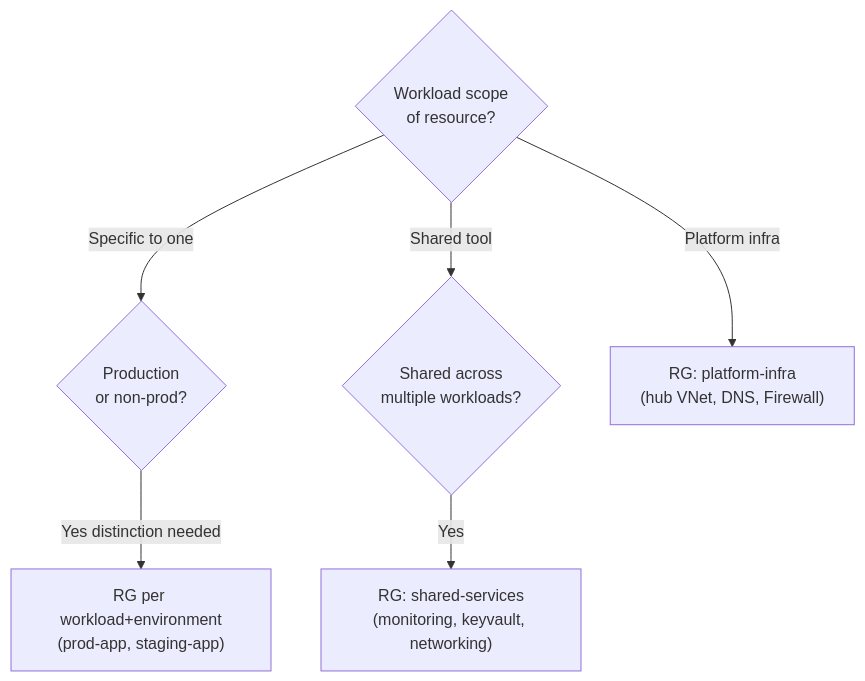
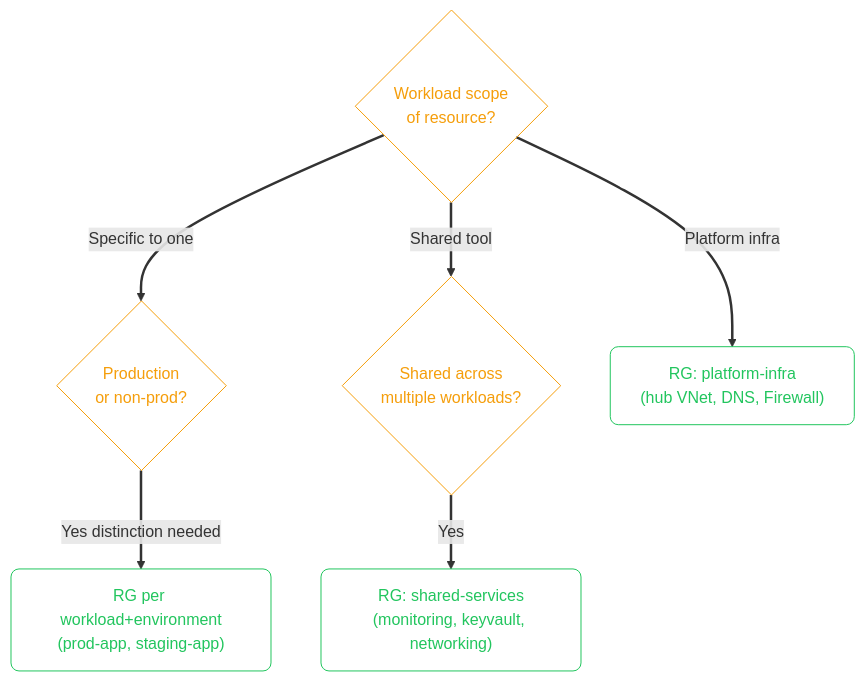
The third of 6 diagrams in src/content/cloud/azure/01-intro.mdx (zafarale/cloudification), drawn with Mermaid before and after one commit. The commit also changed other lines of this file and 84 other files, not shown here.

````diff
--- a/src/content/cloud/azure/01-intro.mdx
+++ b/src/content/cloud/azure/01-intro.mdx
@@ -134,16 +146,23 @@
 ```mermaid
 flowchart TD
-    WORKLOAD{"Workload scope\nof resource?"}
-    SHARED{"Shared across\nmultiple workloads?"}
-    ENV{"Production\nor non-prod?"}
+    accTitle: The Azure Management Hierarchy
+    accDescr: Flowchart (td) showing Workload scope of resource, Shared across multiple workloads, Production or non-prod
+    classDef step fill:none,stroke:#a855f7,color:#a855f7,rx:8,ry:8
+    classDef ok   fill:none,stroke:#22c55e,color:#22c55e,rx:8,ry:8
+    classDef decesion fill:none,stroke:#f59e0b,color:#f59e0b,rx:8,ry:8
+    linkStyle default stroke-width:2.5px
 
-    RG_WL["RG per workload+environment\n(prod-app, staging-app)"]
-    RG_SHARED["RG: shared-services\n(monitoring, keyvault, networking)"]
-    RG_INFRA["RG: platform-infra\n(hub VNet, DNS, Firewall)"]
+    WORKLOAD{"Workload scope<br/>of resource?"}:::decesion
+    SHARED{"Shared across<br/>multiple workloads?"}:::decesion
+    ENV{"Production<br/>or non-prod?"}:::decesion
+
+    RG_WL["RG per workload+environment<br/>(prod-app, staging-app)"]:::ok
+    RG_SHARED["RG: shared-services<br/>(monitoring, keyvault, networking)"]:::ok
+    RG_INFRA["RG: platform-infra<br/>(hub VNet, DNS, Firewall)"]:::ok
 
     WORKLOAD -- "Specific to one" --> ENV
     ENV -- "Yes distinction needed" --> RG_WL
     WORKLOAD -- "Shared tool" --> SHARED
     SHARED -- "Yes" --> RG_SHARED
     WORKLOAD -- "Platform infra" --> RG_INFRA
 ```
````
